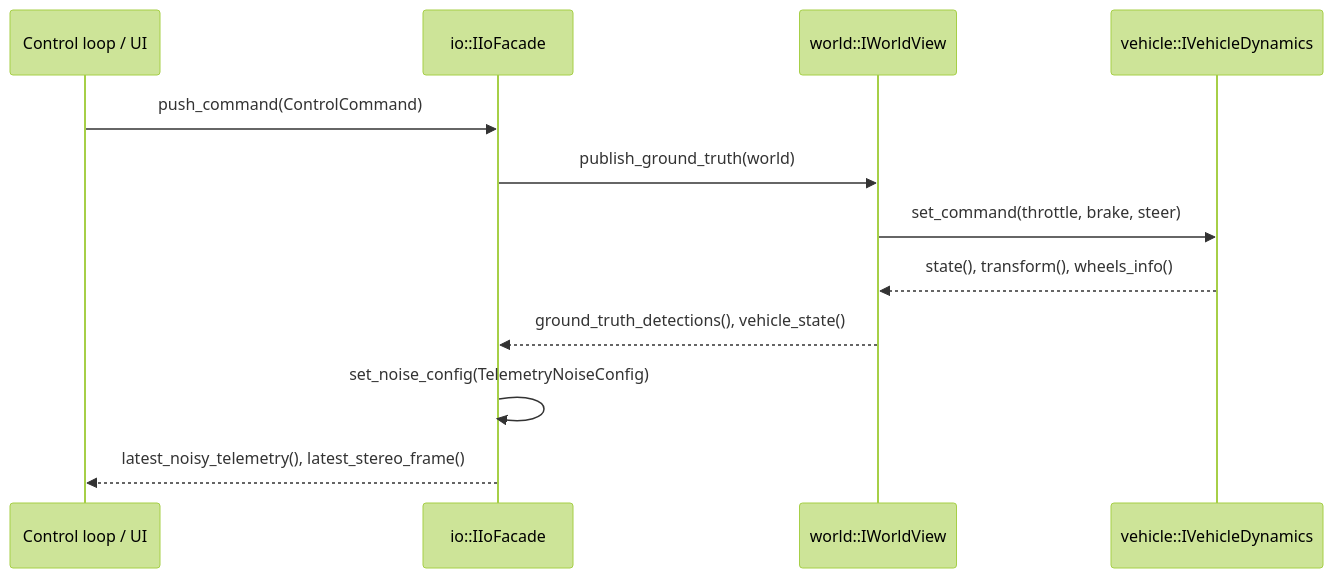
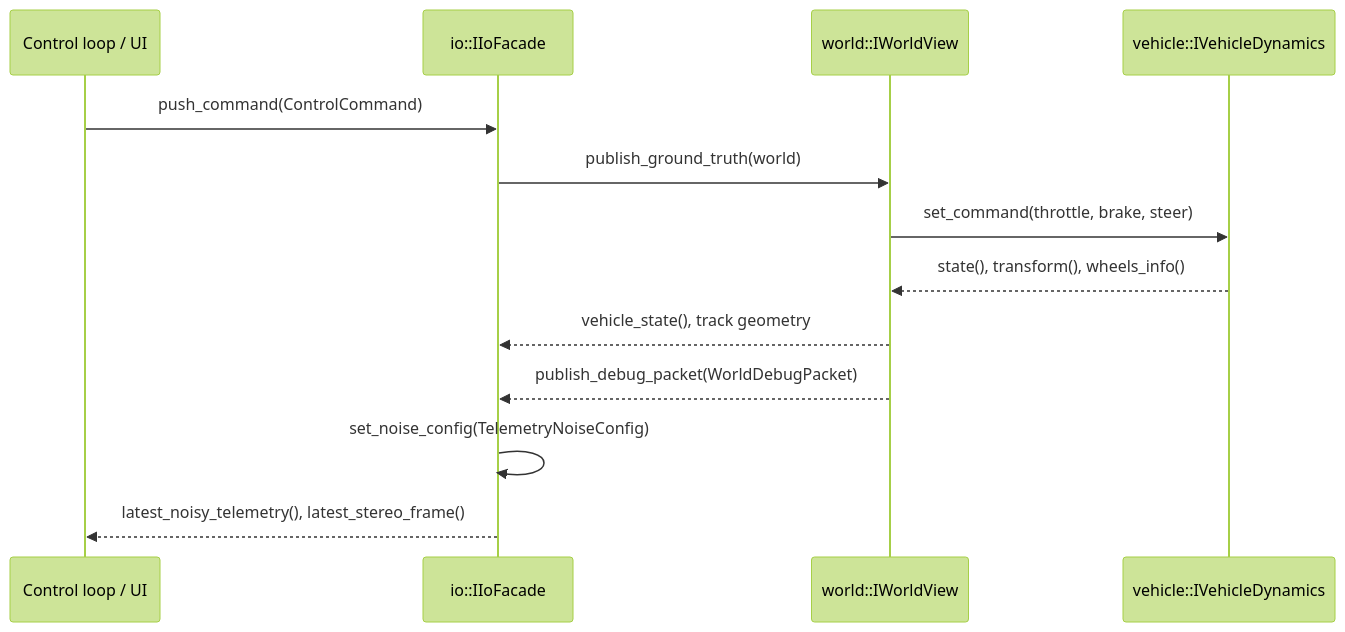
Before and after one commit to SparkleButt747/FSAI_Simulation_C: the second of 2 diagrams in docs/architecture/boundary-sequence.md, drawn with Mermaid (forest theme). The commit also changed other lines of this file and 12 other files, not shown here.

Commit message:
Add world debug packet publisher

````diff
--- a/docs/architecture/boundary-sequence.md
+++ b/docs/architecture/boundary-sequence.md
@@ -24,15 +25,16 @@
 ```mermaid
 sequenceDiagram
     participant Control as Control loop / UI
     participant IO as io::IIoFacade
     participant World as world::IWorldView
     participant Dyn as vehicle::IVehicleDynamics
 
     Control->>IO: push_command(ControlCommand)
     IO->>World: publish_ground_truth(world)
     World->>Dyn: set_command(throttle, brake, steer)
     Dyn-->>World: state(), transform(), wheels_info()
-    World-->>IO: ground_truth_detections(), vehicle_state()
+    World-->>IO: vehicle_state(), track geometry
+    World-->>IO: publish_debug_packet(WorldDebugPacket)
     IO->>IO: set_noise_config(TelemetryNoiseConfig)
     IO-->>Control: latest_noisy_telemetry(), latest_stereo_frame()
 ```
````
